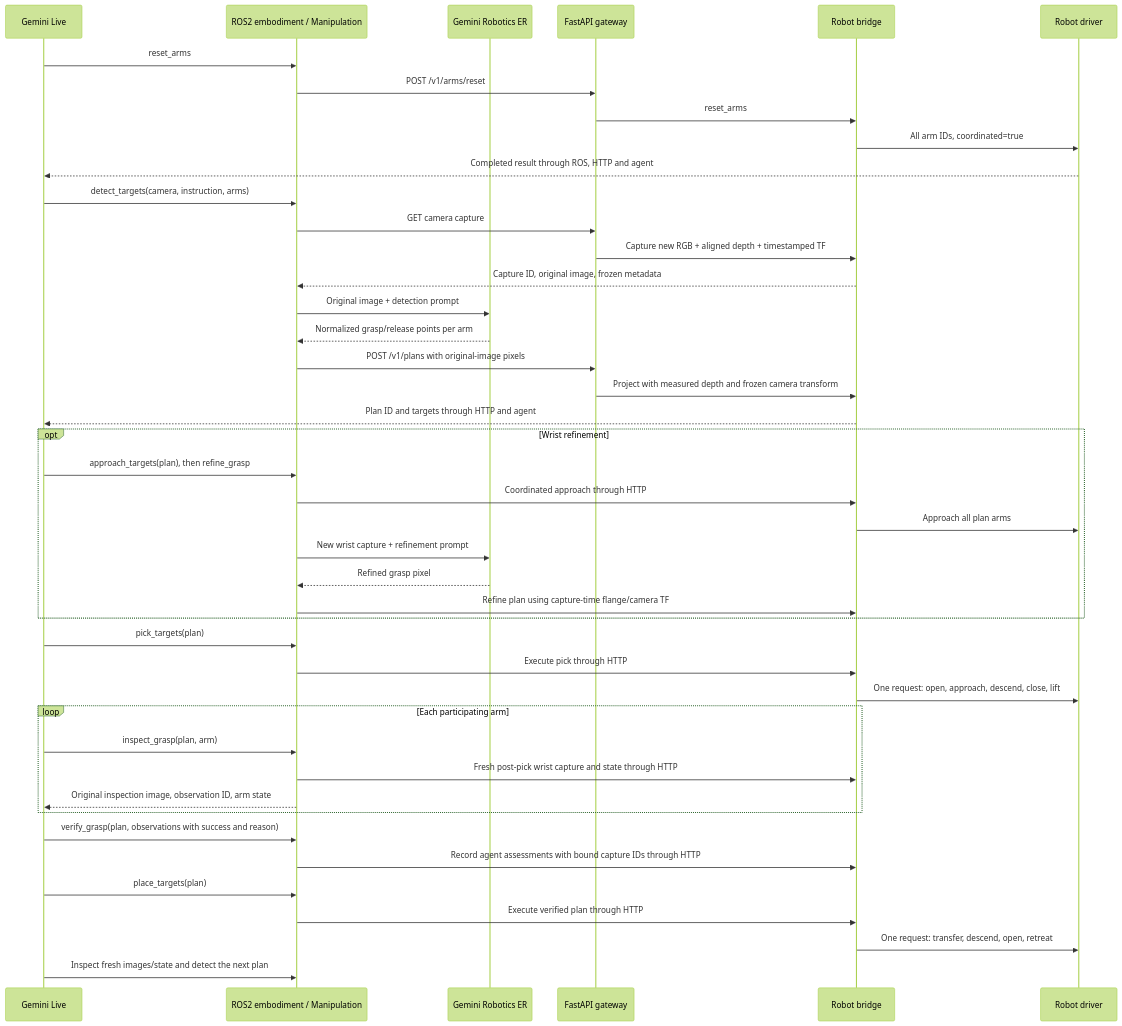
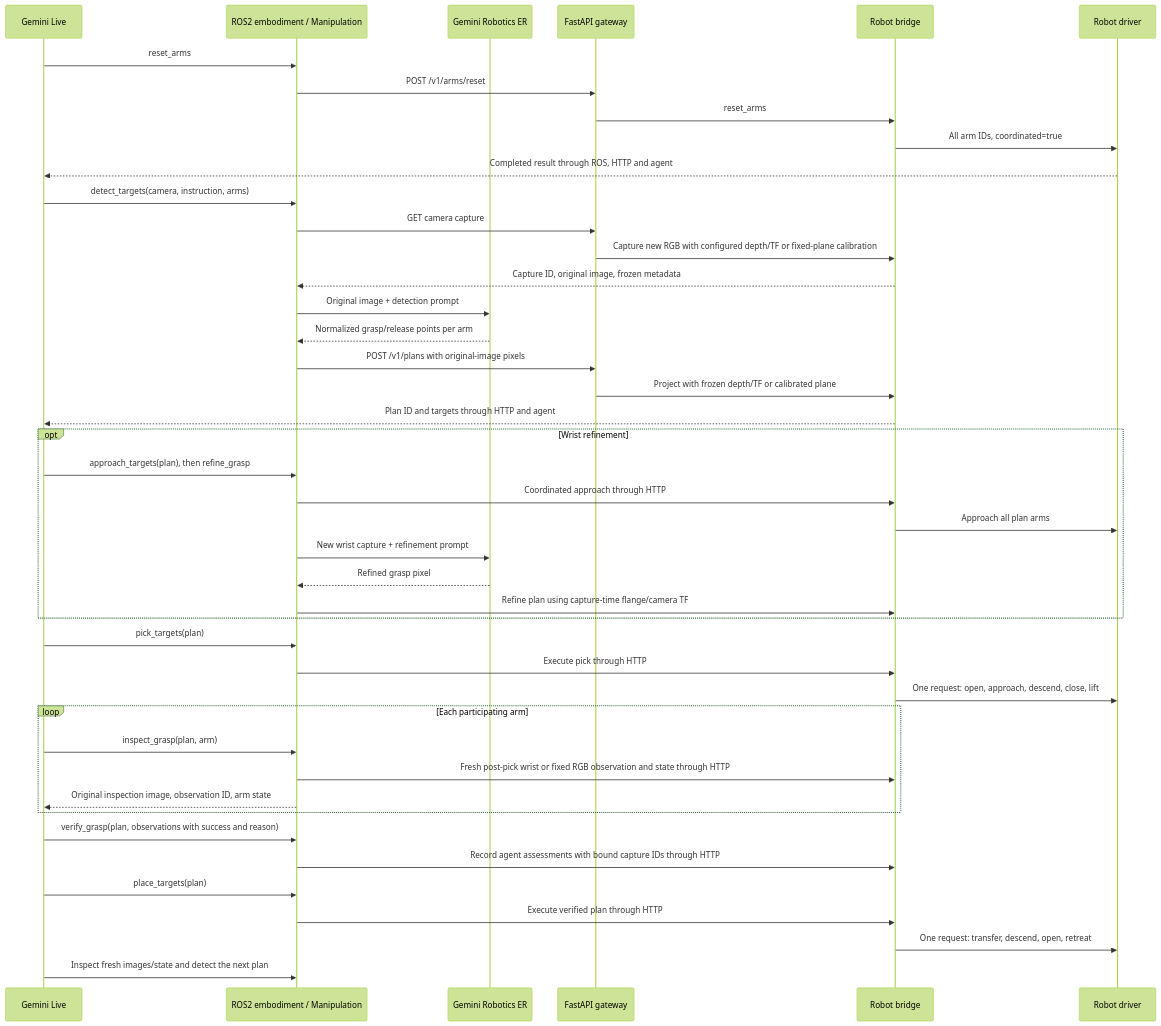
The diagram in docs/pixel-workflow.md (taomoosa/agent-ros2-example), drawn with Mermaid (forest theme) before and after one commit. The commit also changed other lines of this file and 67 other files, not shown here.

````diff
--- a/docs/pixel-workflow.md
+++ b/docs/pixel-workflow.md
@@ -11,45 +11,45 @@
 ```mermaid
 sequenceDiagram
     participant Live as Gemini Live
     participant Agent as ROS2 embodiment / Manipulation
     participant ER as Gemini Robotics ER
     participant HTTP as FastAPI gateway
     participant ROS as Robot bridge
     participant Driver as Robot driver
     Live->>Agent: reset_arms
     Agent->>HTTP: POST /v1/arms/reset
     HTTP->>ROS: reset_arms
     ROS->>Driver: All arm IDs, coordinated=true
     Driver-->>Live: Completed result through ROS, HTTP and agent
     Live->>Agent: detect_targets(camera, instruction, arms)
     Agent->>HTTP: GET camera capture
-    HTTP->>ROS: Capture new RGB + aligned depth + timestamped TF
+    HTTP->>ROS: Capture new RGB with configured depth/TF or fixed-plane calibration
     ROS-->>Agent: Capture ID, original image, frozen metadata
     Agent->>ER: Original image + detection prompt
     ER-->>Agent: Normalized grasp/release points per arm
     Agent->>HTTP: POST /v1/plans with original-image pixels
-    HTTP->>ROS: Project with measured depth and frozen camera transform
+    HTTP->>ROS: Project with frozen depth/TF or calibrated plane
     ROS-->>Live: Plan ID and targets through HTTP and agent
     opt Wrist refinement
         Live->>Agent: approach_targets(plan), then refine_grasp
         Agent->>ROS: Coordinated approach through HTTP
         ROS->>Driver: Approach all plan arms
         Agent->>ER: New wrist capture + refinement prompt
         ER-->>Agent: Refined grasp pixel
         Agent->>ROS: Refine plan using capture-time flange/camera TF
     end
     Live->>Agent: pick_targets(plan)
     Agent->>ROS: Execute pick through HTTP
     ROS->>Driver: One request: open, approach, descend, close, lift
     loop Each participating arm
         Live->>Agent: inspect_grasp(plan, arm)
-        Agent->>ROS: Fresh post-pick wrist capture and state through HTTP
+        Agent->>ROS: Fresh post-pick wrist or fixed RGB observation and state through HTTP
         Agent-->>Live: Original inspection image, observation ID, arm state
     end
     Live->>Agent: verify_grasp(plan, observations with success and reason)
     Agent->>ROS: Record agent assessments with bound capture IDs through HTTP
     Live->>Agent: place_targets(plan)
     Agent->>ROS: Execute verified plan through HTTP
     ROS->>Driver: One request: transfer, descend, open, retreat
     Live->>Agent: Inspect fresh images/state and detect the next plan
 ```
````
